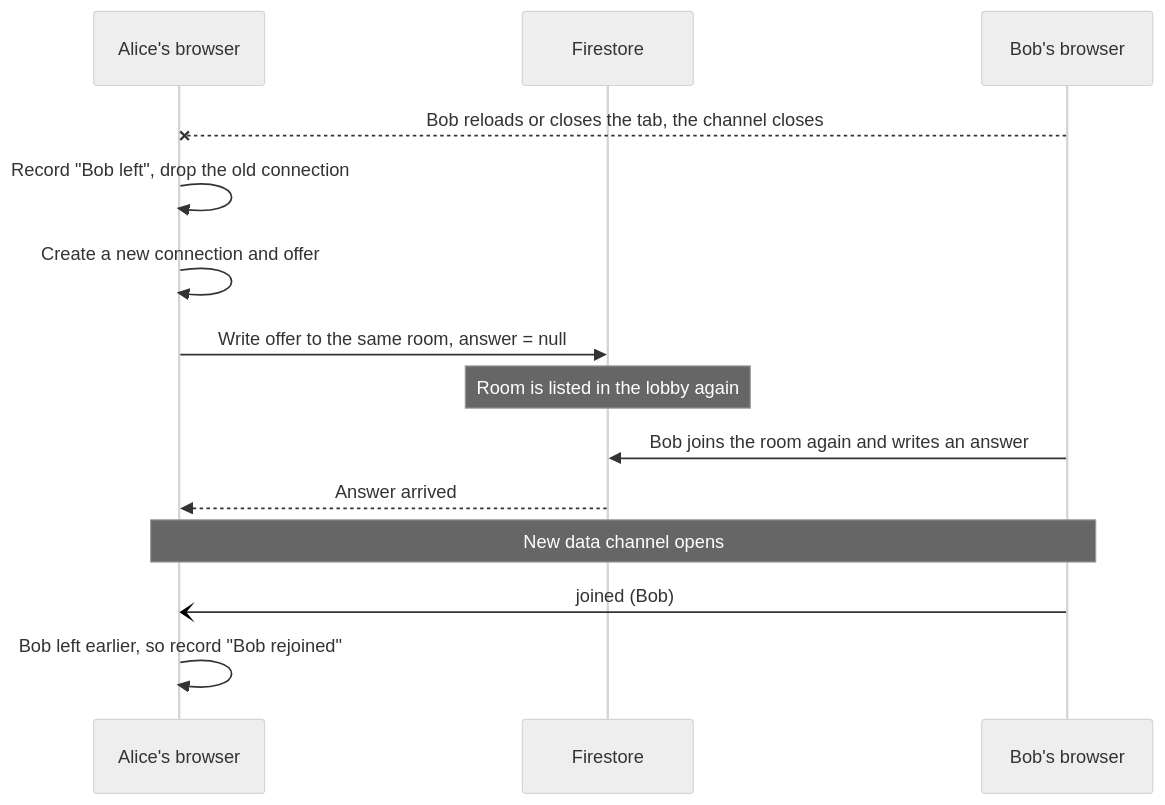
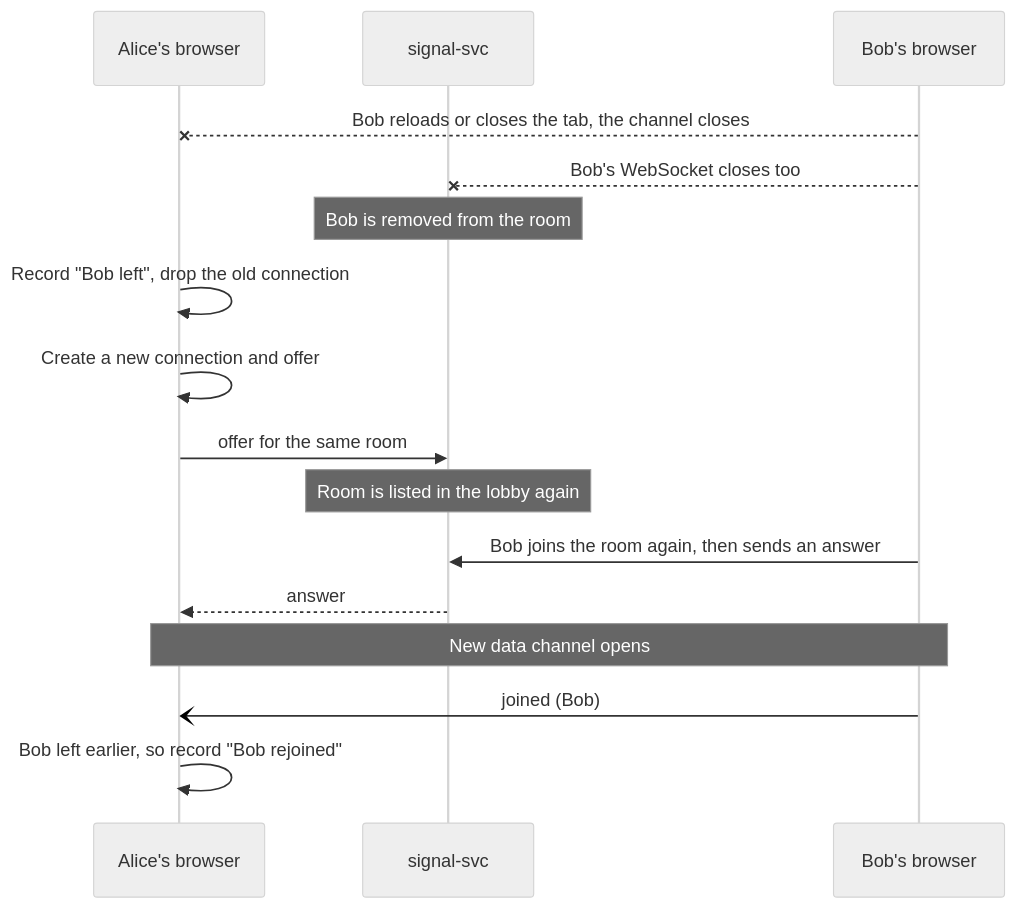
One commit to LitHaxor/webRTC-mesh-chat changed the third of 3 diagrams in README.md. Above: the diagram before and after it, drawn with Mermaid (neutral theme). The commit also changed other lines of this file and 49 other files, not shown here.

````diff
--- a/README.md
+++ b/README.md
@@ -89,17 +118,19 @@
 ```mermaid
 sequenceDiagram
   participant A as Alice's browser
-  participant FS as Firestore
+  participant S as signal-svc
   participant B as Bob's browser
 
   B--xA: Bob reloads or closes the tab, the channel closes
+  B--xS: Bob's WebSocket closes too
+  Note over S: Bob is removed from the room
   A->>A: Record "Bob left", drop the old connection
   A->>A: Create a new connection and offer
-  A->>FS: Write offer to the same room, answer = null
-  Note over FS: Room is listed in the lobby again
-  B->>FS: Bob joins the room again and writes an answer
-  FS-->>A: Answer arrived
+  A->>S: offer for the same room
+  Note over S: Room is listed in the lobby again
+  B->>S: Bob joins the room again, then sends an answer
+  S-->>A: answer
   Note over A,B: New data channel opens
   B-)A: joined (Bob)
   A->>A: Bob left earlier, so record "Bob rejoined"
 ```
````
